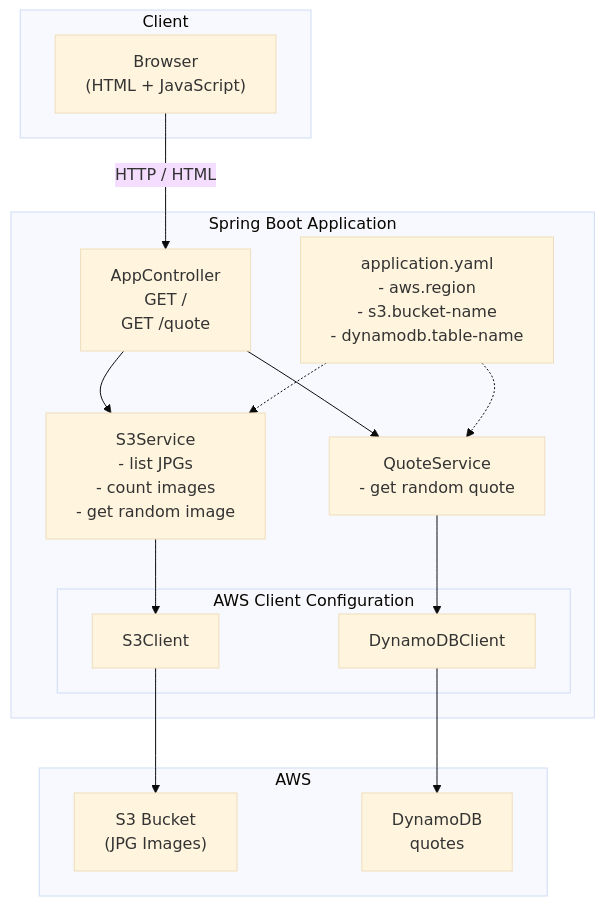
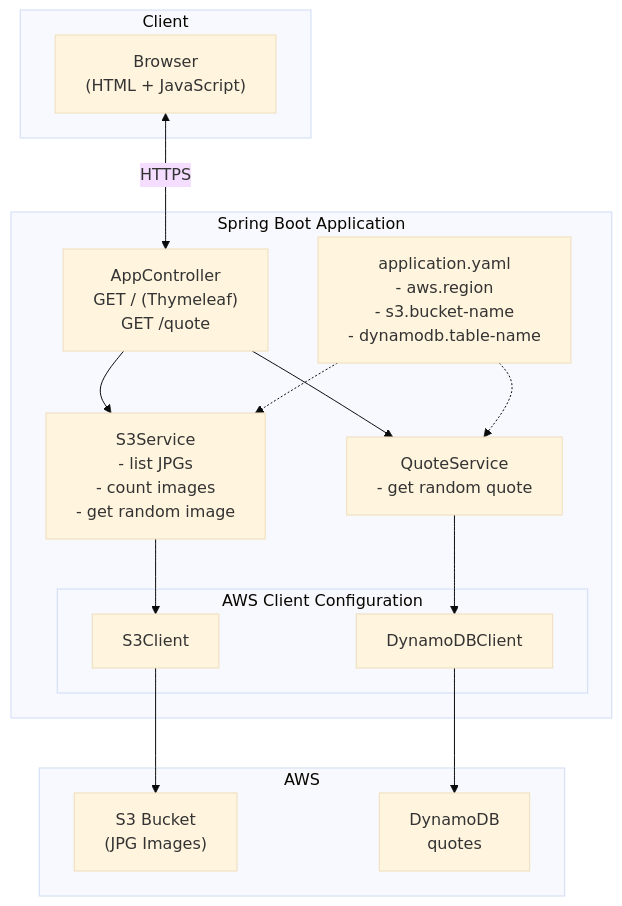
Before and after one commit to thb-cc/app: the diagram in website/docs/3_Architecture/1_software.md, drawn with Mermaid (base theme).

Commit message:
add thymeleaf to docs

````diff
--- a/website/docs/3_Architecture/1_software.md
+++ b/website/docs/3_Architecture/1_software.md
@@ -9,56 +9,56 @@
 ```mermaid
 flowchart TB
 
     %% Client
     subgraph Client["Client"]
         Browser["Browser<br/>(HTML + JavaScript)"]
     end
 
     %% Spring Boot Application
     subgraph App["Spring Boot Application"]
 
         %% Controller
-        AppController["AppController<br/>GET /<br/>GET /quote"]
+        AppController["AppController<br/>GET / (Thymeleaf)<br/>GET /quote"]
 
         %% Services
         S3Service["S3Service<br/>- list JPGs<br/>- count images<br/>- get random image"]
         QuoteService["QuoteService<br/>- get random quote"]
 
         %% Configuration
         AppYaml["application.yaml<br/>- aws.region<br/>- s3.bucket-name<br/>- dynamodb.table-name"]
 
         %% AWS Client Config
         subgraph AWSConfig["AWS Client Configuration"]
             S3Client["S3Client"]
             DynamoDBClient["DynamoDBClient"]
         end
 
         %% Wiring inside app
         AppController --> S3Service
         AppController --> QuoteService
 
         S3Service --> S3Client
         QuoteService --> DynamoDBClient
 
         AppYaml -.-> S3Service
         AppYaml -.-> QuoteService
     end
 
     %% =====================
     %% AWS Resources
     %% =====================
     subgraph AWS["AWS"]
         S3Bucket["S3 Bucket<br/>(JPG Images)"]
         DynamoTable["DynamoDB <br/>quotes"]
     end
 
     %% =====================
     %% Cross-System Connections
     %% =====================
-    Browser -->|HTTP / HTML| AppController
+    Browser <--HTTPS--> AppController
 
     S3Client --> S3Bucket
     DynamoDBClient --> DynamoTable
 
 
 ```
````
